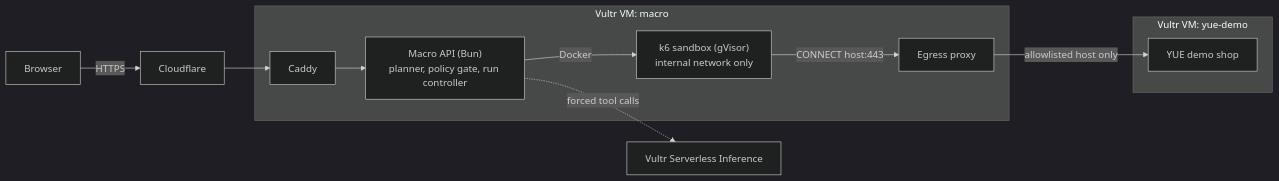
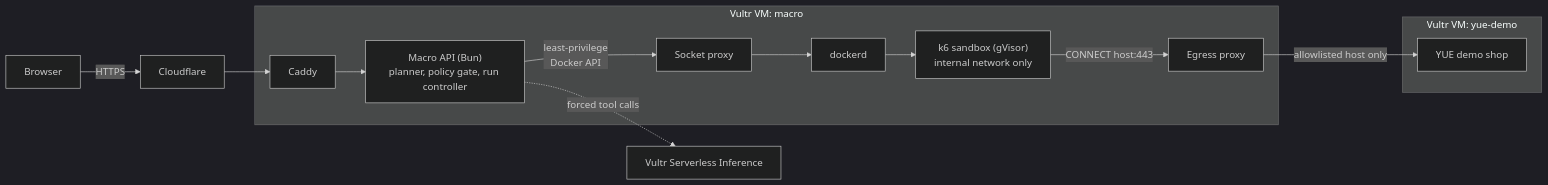
The diagram in README.md (mbayue/macro), drawn with Mermaid (dark theme) before and after one commit. The commit also changed other lines of this file, not shown here.

Commit message:
docs: describe the real-container suite, CI, and the socket proxy

````diff
--- a/README.md
+++ b/README.md
@@ -22,15 +22,17 @@
 ```mermaid
 flowchart LR
   B[Browser] -->|HTTPS| CF[Cloudflare]
   CF --> CD[Caddy]
   subgraph M["Vultr VM: macro"]
     CD --> API["Macro API (Bun)<br/>planner, policy gate, run controller"]
-    API -->|Docker| SBX["k6 sandbox (gVisor)<br/>internal network only"]
+    API -->|least-privilege<br/>Docker API| SP[Socket proxy]
+    SP --> DCK[dockerd]
+    DCK --> SBX["k6 sandbox (gVisor)<br/>internal network only"]
     SBX -->|"CONNECT host:443"| PX[Egress proxy]
   end
   API -.->|forced tool calls| VI[Vultr Serverless Inference]
   PX -->|allowlisted host only| DT
   subgraph Y["Vultr VM: yue-demo"]
     DT[YUE demo shop]
   end
 ```
````
